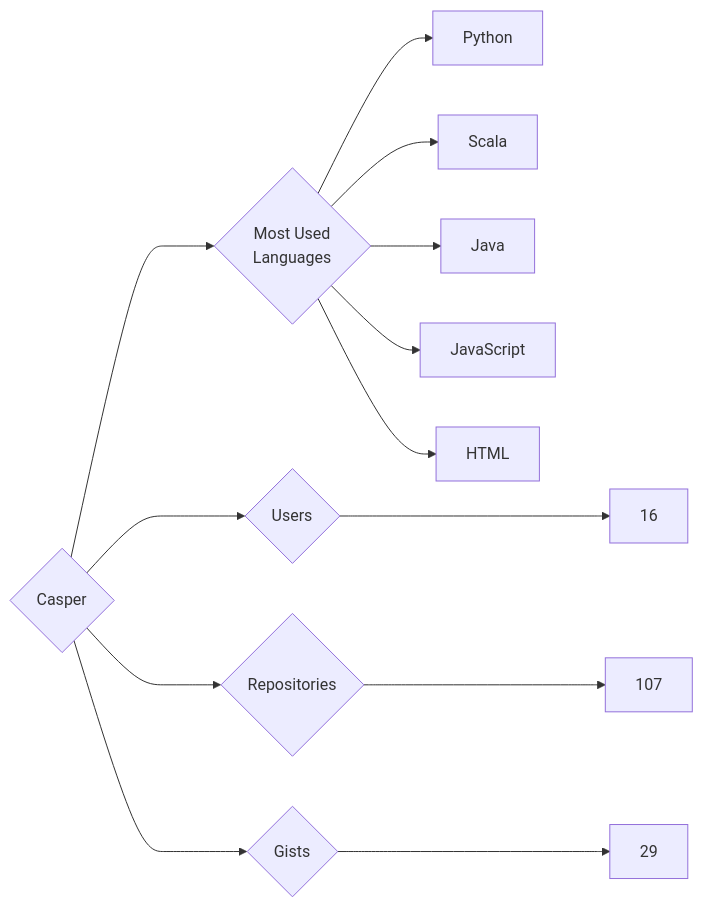
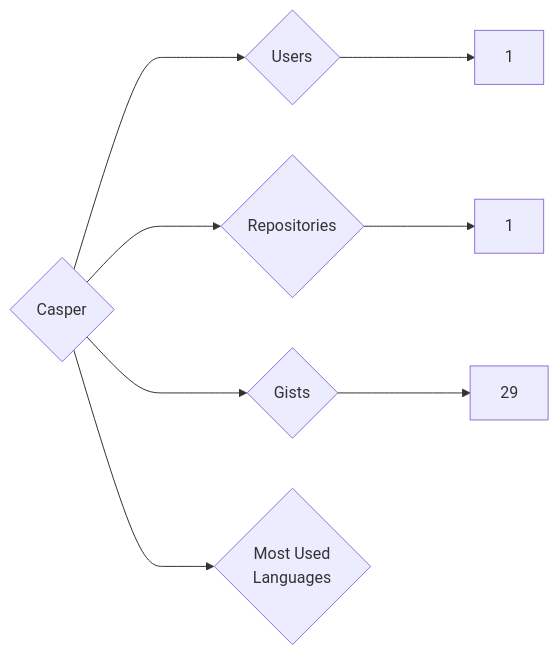
One commit to trickest/insiders changed the diagram in targets/Casper/README.md. Above: the diagram before and after it, drawn with Mermaid. The commit also changed 861 other files, not shown here.

````diff
--- a/targets/Casper/README.md
+++ b/targets/Casper/README.md
@@ -3,13 +3,8 @@
 ```mermaid
 graph LR
 COMPANY_NAME{Casper}
-COMPANY_NAME ---> U{Users} ---> UN[16]
-COMPANY_NAME ---> R{Repositories} ---> RN[107]
+COMPANY_NAME ---> U{Users} ---> UN[1]
+COMPANY_NAME ---> R{Repositories} ---> RN[1]
 COMPANY_NAME ---> G{Gists} ---> GN[29]
 COMPANY_NAME ---> ML{Most Used<br>Languages}
-ML --> Python[Python]
-ML --> Scala[Scala]
-ML --> Java[Java]
-ML --> JavaScript[JavaScript]
-ML --> HTML[HTML]
 ```
````
